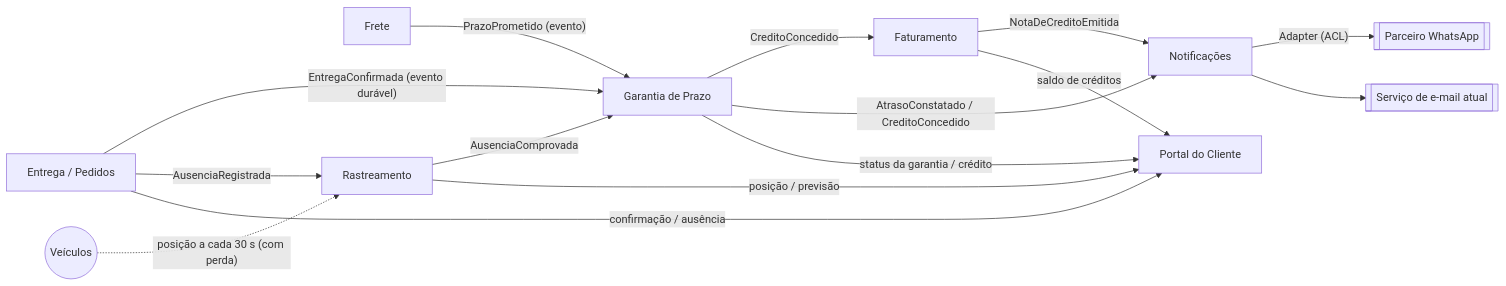
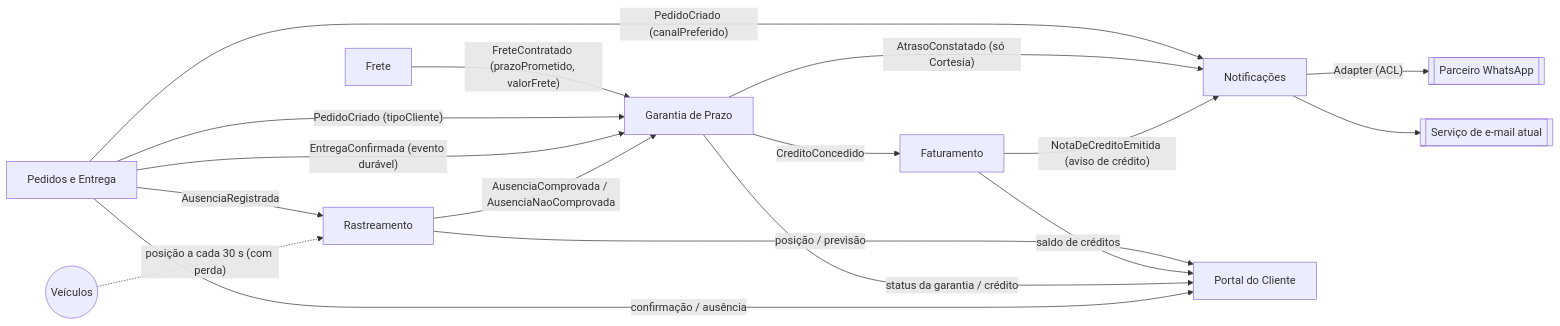
Before and after one commit to filipideoliveira/mwe-2026-2-cp3-logitech: the diagram in docs/01-dominio.md, drawn with Mermaid. The commit also changed other lines of this file, not shown here.

````diff
--- a/docs/01-dominio.md
+++ b/docs/01-dominio.md
@@ -24,17 +34,19 @@
 ```mermaid
 flowchart LR
-    FR[Frete] -- "PrazoPrometido (evento)" --> GP[Garantia de Prazo]
-    EN[Entrega / Pedidos] -- "EntregaConfirmada (evento durável)" --> GP
-    EN -- "AusenciaRegistrada" --> RA[Rastreamento]
+    FR[Frete] -- "FreteContratado (prazoPrometido, valorFrete)" --> GP[Garantia de Prazo]
+    PE[Pedidos e Entrega] -- "PedidoCriado (tipoCliente)" --> GP
+    PE -- "EntregaConfirmada (evento durável)" --> GP
+    PE -- "AusenciaRegistrada" --> RA[Rastreamento]
+    PE -- "PedidoCriado (canalPreferido)" --> NO[Notificações]
     VE((Veículos)) -. "posição a cada 30 s (com perda)" .-> RA
-    RA -- "AusenciaComprovada" --> GP
+    RA -- "AusenciaComprovada / AusenciaNaoComprovada" --> GP
     GP -- "CreditoConcedido" --> FA[Faturamento]
-    GP -- "AtrasoConstatado / CreditoConcedido" --> NO[Notificações]
-    FA -- "NotaDeCreditoEmitida" --> NO
+    GP -- "AtrasoConstatado (só Cortesia)" --> NO
+    FA -- "NotaDeCreditoEmitida (aviso de crédito)" --> NO
     NO -- "Adapter (ACL)" --> WA[[Parceiro WhatsApp]]
     NO --> EM[[Serviço de e-mail atual]]
     RA -- "posição / previsão" --> PO[Portal do Cliente]
     FA -- "saldo de créditos" --> PO
     GP -- "status da garantia / crédito" --> PO
-    EN -- "confirmação / ausência" --> PO
+    PE -- "confirmação / ausência" --> PO
 ```
````
